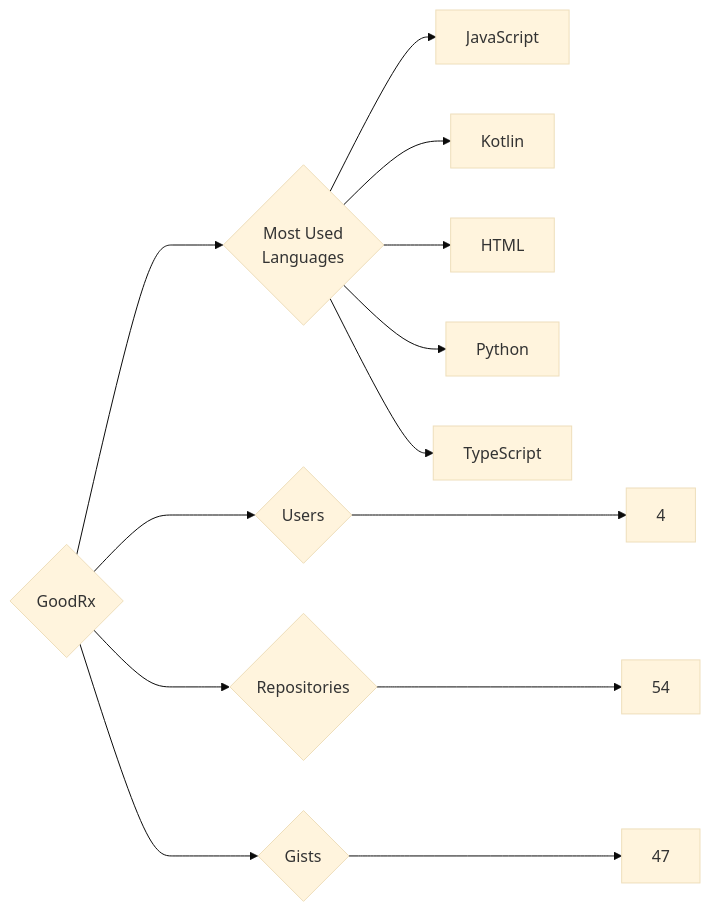
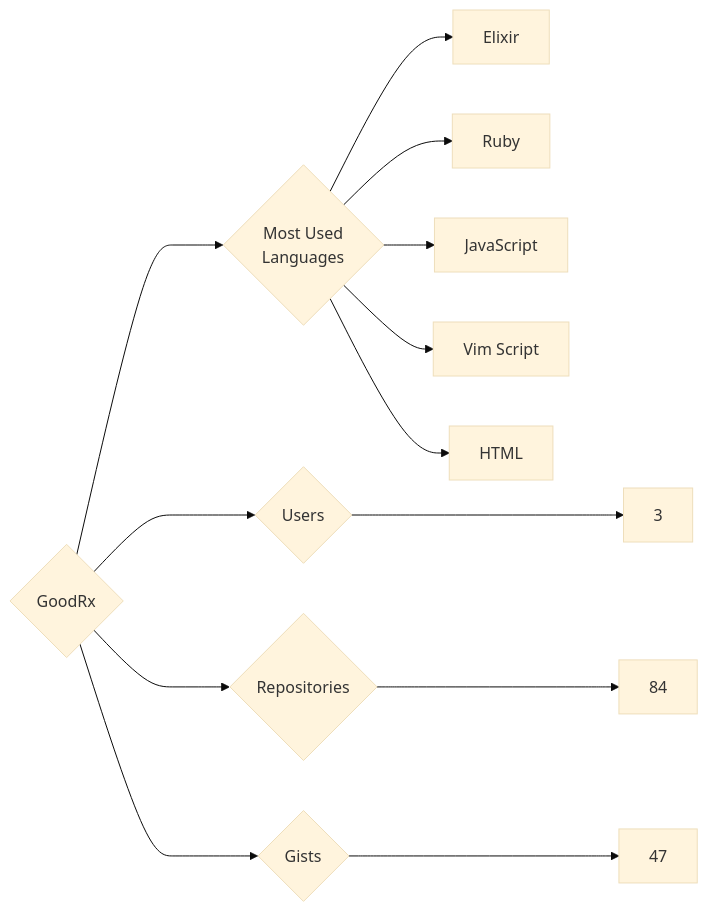
The diagram in targets/GoodRx/README.md (trickest/insiders), drawn with Mermaid (base theme) before and after one commit. The commit also changed 993 other files, not shown here.

````diff
--- a/targets/GoodRx/README.md
+++ b/targets/GoodRx/README.md
@@ -3,13 +3,13 @@
 ```mermaid
 graph LR
 COMPANY_NAME{GoodRx}
-COMPANY_NAME ---> U{Users} ---> UN[4]
-COMPANY_NAME ---> R{Repositories} ---> RN[54]
+COMPANY_NAME ---> U{Users} ---> UN[3]
+COMPANY_NAME ---> R{Repositories} ---> RN[84]
 COMPANY_NAME ---> G{Gists} ---> GN[47]
 COMPANY_NAME ---> ML{Most Used<br>Languages}
+ML --> Elixir[Elixir]
+ML --> Ruby[Ruby]
 ML --> JavaScript[JavaScript]
-ML --> Kotlin[Kotlin]
+ML --> Vim_Script[Vim Script]
 ML --> HTML[HTML]
-ML --> Python[Python]
-ML --> TypeScript[TypeScript]
 ```
````
